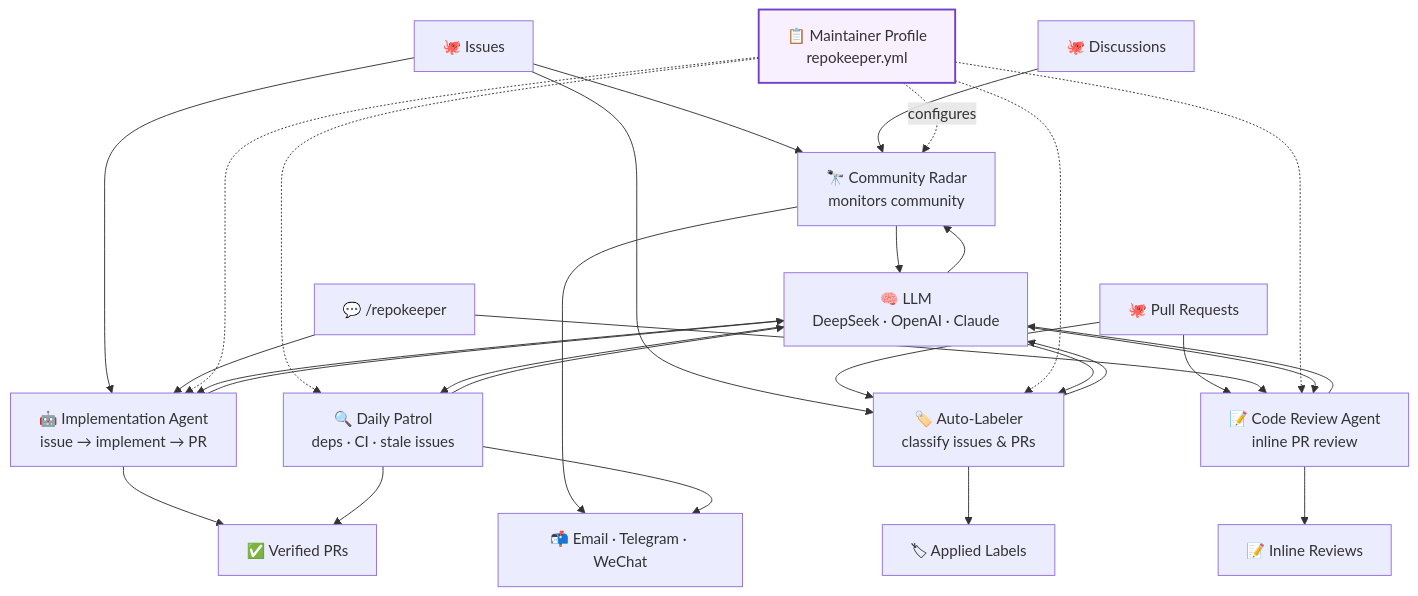
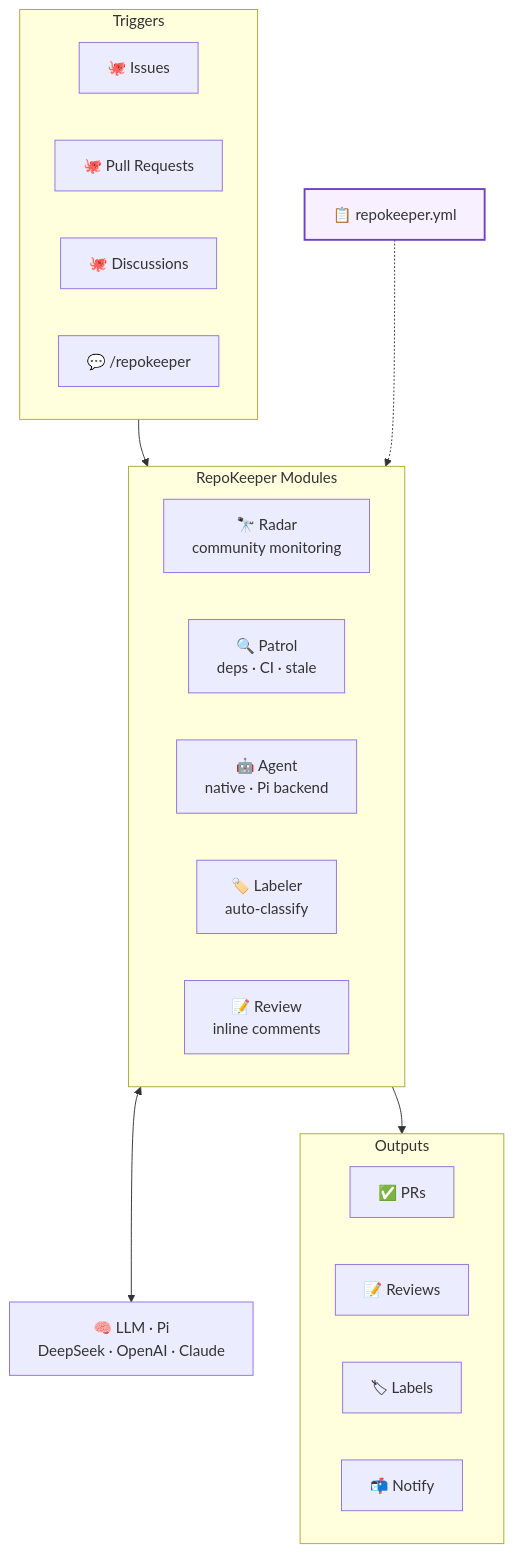
Before and after one commit to shenxianpeng/repokeeper: the diagram in README.md, drawn with Mermaid.

Commit message:
docs: simplify architecture diagram to 6-grouped-edge pipeline
Replace 20+ crossing individual edges with a clean 4-layer layout:
Triggers → Modules → Outputs, plus Profile and LLM/Pi side panels.
Subgraphs keep related nodes grouped. Shows native · Pi backend.

````diff
--- a/README.md
+++ b/README.md
@@ -55,43 +55,38 @@
 ```mermaid
 flowchart TD
-    issues["🐙 Issues"]
-    prs["🐙 Pull Requests"]
-    disc["🐙 Discussions"]
-    comments["💬 /repokeeper"]
+    subgraph T["Triggers"]
+        direction LR
+        issues["🐙 Issues"]
+        prs["🐙 Pull Requests"]
+        disc["🐙 Discussions"]
+        cmd["💬 /repokeeper"]
+    end
 
-    profile["📋 Maintainer Profile<br/>repokeeper.yml"]:::config
+    T --> M
 
-    radar["🔭 Community Radar<br/>monitors community"]
-    patrol["🔍 Daily Patrol<br/>deps · CI · stale issues"]
-    agent["🤖 Implementation Agent<br/>issue → implement → PR"]
-    labeler["🏷️ Auto-Labeler<br/>classify issues & PRs"]
-    reviewer["📝 Code Review Agent<br/>inline PR review"]
+    subgraph M["RepoKeeper Modules"]
+        direction LR
+        radar["🔭 Radar<br/>community monitoring"]
+        patrol["🔍 Patrol<br/>deps · CI · stale"]
+        agent["🤖 Agent<br/>native · Pi backend"]
+        labeler["🏷️ Labeler<br/>auto-classify"]
+        review["📝 Review<br/>inline comments"]
+    end
 
-    llm["🧠 LLM<br/>DeepSeek · OpenAI · Claude"]
+    profile["📋 repokeeper.yml"]:::config
+    profile -.-> M
 
-    newpr["✅ Verified PRs"]
-    review["📝 Inline Reviews"]
-    applied["🏷 Applied Labels"]
-    notify["📬 Email · Telegram · WeChat"]
+    M <--> llm["🧠 LLM · Pi<br/>DeepSeek · OpenAI · Claude"]
 
-    issues --> radar & agent & labeler
-    prs --> reviewer & labeler
-    disc --> radar
-    comments --> agent & reviewer
+    subgraph O["Outputs"]
+        direction LR
+        pr["✅ PRs"]
+        rev["📝 Reviews"]
+        lbl["🏷 Labels"]
+        notify["📬 Notify"]
+    end
 
-    profile -. "configures" .-> radar
-    profile -.-> patrol
-    profile -.-> agent
-    profile -.-> labeler
-    profile -.-> reviewer
-
-    radar & patrol & agent & labeler & reviewer --> llm
-    llm --> radar & patrol & agent & labeler & reviewer
-
-    agent & patrol --> newpr
-    reviewer --> review
-    labeler --> applied
-    radar & patrol --> notify
+    M --> O
 
     classDef config fill:#f9f0ff,stroke:#6e40c9,stroke-width:2px
 ```
````
